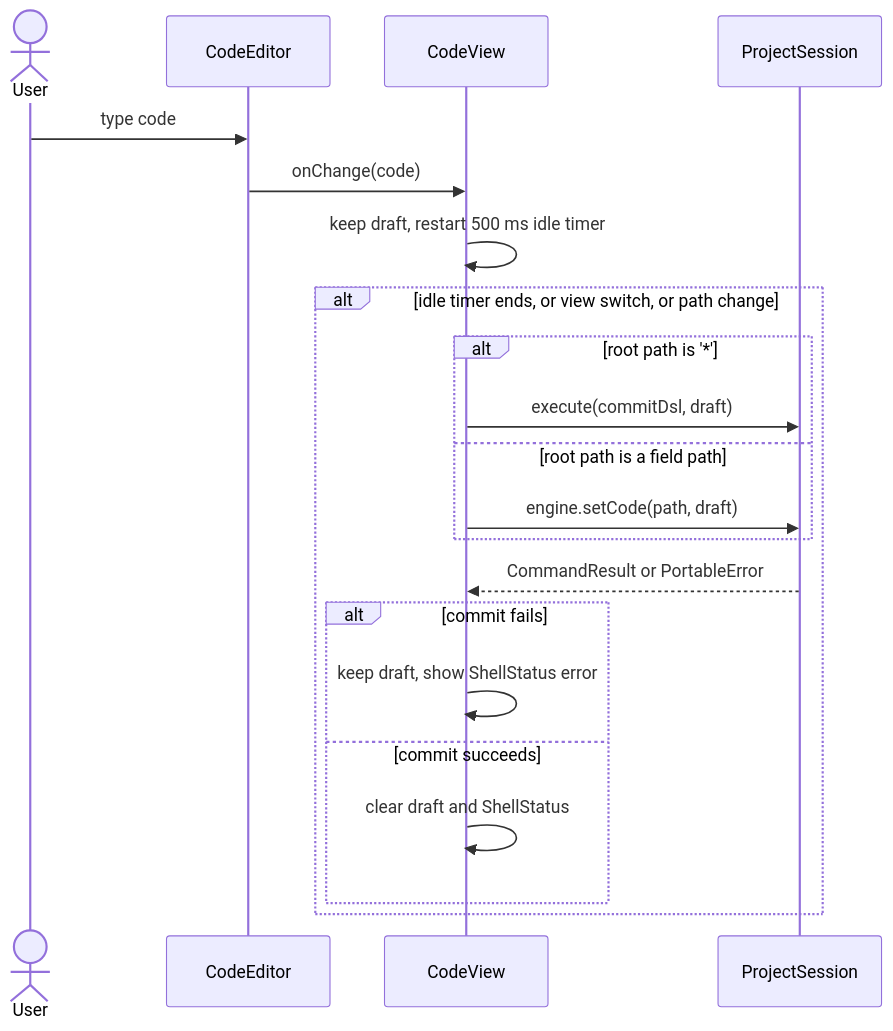
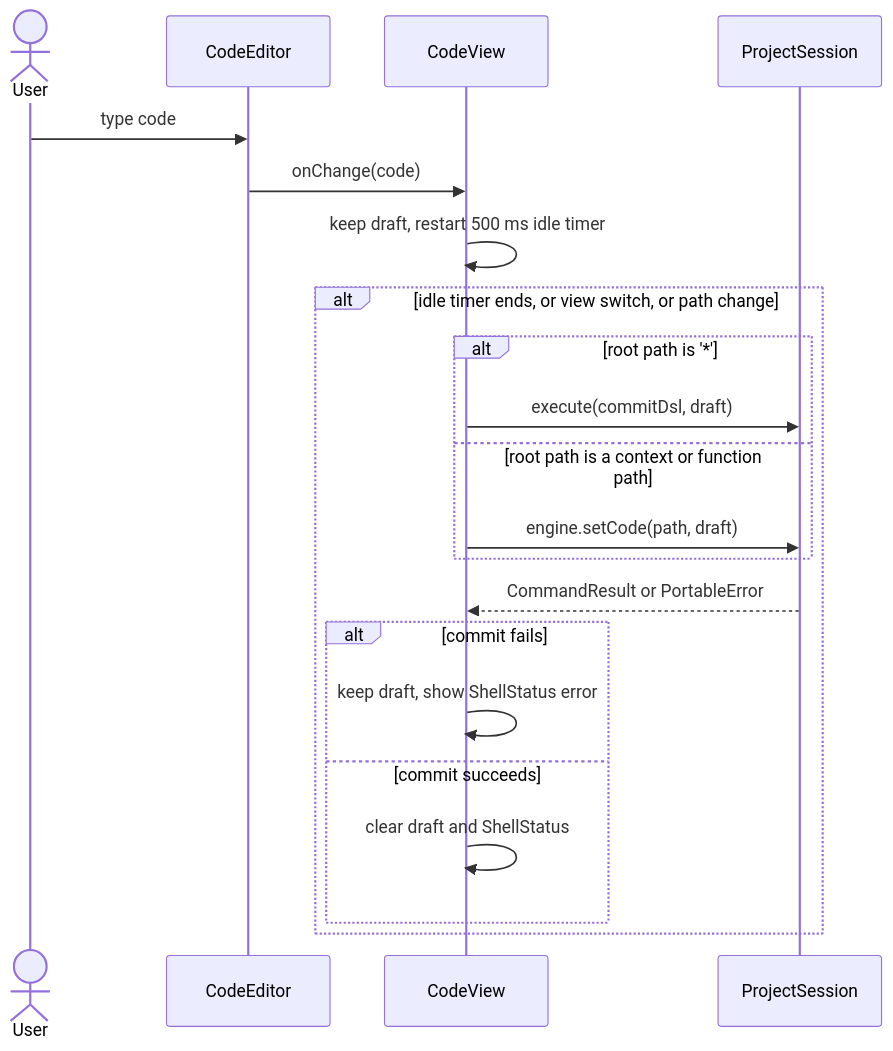
The third of 3 diagrams in docs/specs/shell-spec.md (rimvydasb/edgerules-react), drawn with Mermaid before and after one commit. The commit also changed other lines of this file and 1 other file, not shown here.

````diff
--- a/docs/specs/shell-spec.md
+++ b/docs/specs/shell-spec.md
@@ -174,23 +195,23 @@
 ```mermaid
 sequenceDiagram
     actor User
     participant CodeEditor
     participant CodeView
     participant ProjectSession
     User->>CodeEditor: type code
     CodeEditor->>CodeView: onChange(code)
     CodeView->>CodeView: keep draft, restart 500 ms idle timer
     alt idle timer ends, or view switch, or path change
         alt root path is '*'
             CodeView->>ProjectSession: execute(commitDsl, draft)
-        else root path is a field path
+        else root path is a context or function path
             CodeView->>ProjectSession: engine.setCode(path, draft)
         end
         ProjectSession-->>CodeView: CommandResult or PortableError
         alt commit fails
             CodeView->>CodeView: keep draft, show ShellStatus error
         else commit succeeds
             CodeView->>CodeView: clear draft and ShellStatus
         end
     end
 ```
````
